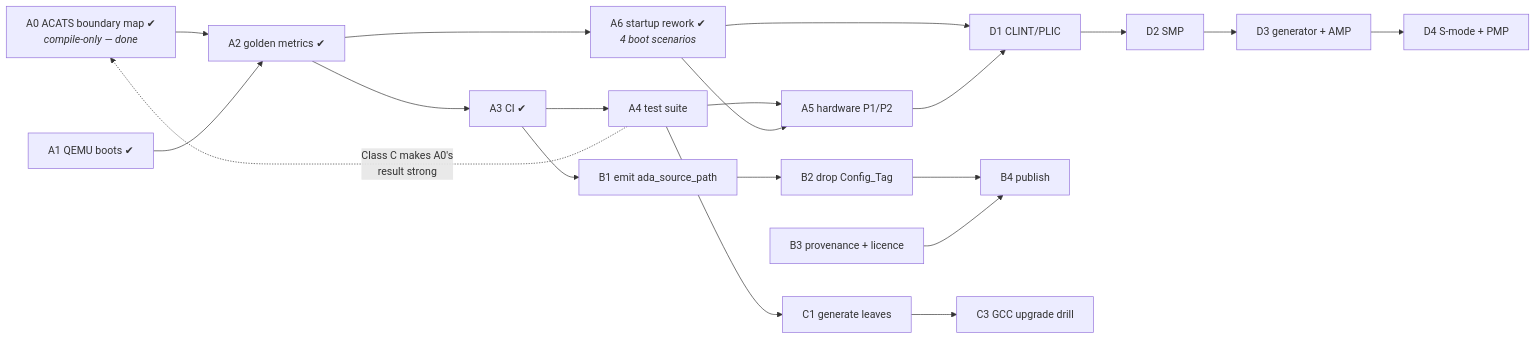
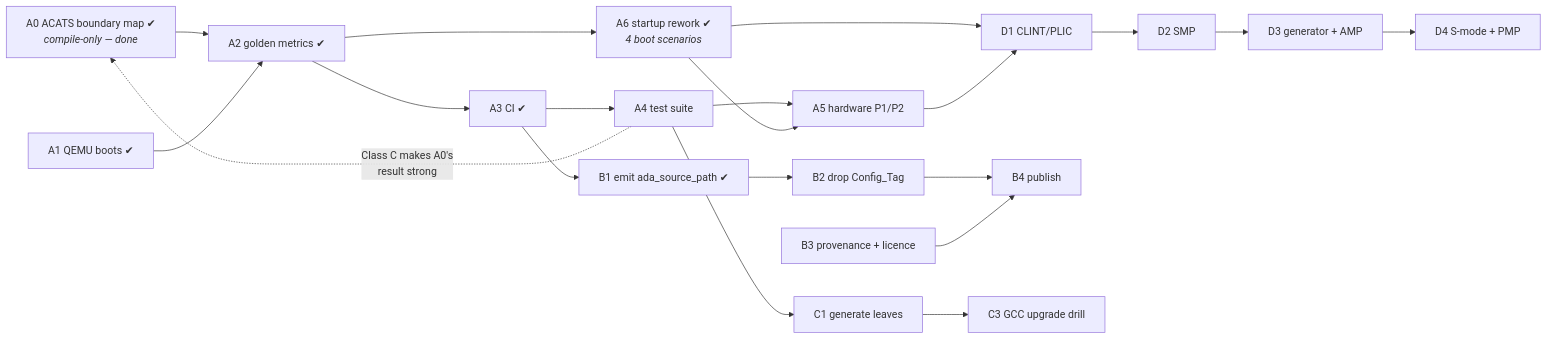
The diagram in RTS-PRODUCTION.md (ThyMYthOS/ada-machine), drawn with Mermaid before and after one commit. The commit also changed other lines of this file and 22 other files, not shown here.

````diff
--- a/RTS-PRODUCTION.md
+++ b/RTS-PRODUCTION.md
@@ -347,12 +380,12 @@
 ```mermaid
 graph LR
     A0["A0 ACATS boundary map ✔<br/><i>compile-only — done</i>"] --> A2["A2 golden metrics ✔"]
     A1["A1 QEMU boots ✔"] --> A2 --> A3["A3 CI ✔"] --> A4["A4 test suite"] --> A5["A5 hardware P1/P2"]
     A2 --> A6["A6 startup rework ✔<br/><i>4 boot scenarios</i>"] --> A5
     A6 --> D1
-    A3 --> B1["B1 emit ada_source_path"] --> B2["B2 drop Config_Tag"] --> B4["B4 publish"]
+    A3 --> B1["B1 emit ada_source_path ✔"] --> B2["B2 drop Config_Tag"] --> B4["B4 publish"]
     B3["B3 provenance + licence"] --> B4
     A4 --> C1["C1 generate leaves"] --> C3["C3 GCC upgrade drill"]
     A5 --> D1["D1 CLINT/PLIC"] --> D2["D2 SMP"] --> D3["D3 generator + AMP"] --> D4["D4 S-mode + PMP"]
     A4 -.->|"Class C makes A0's<br/>result strong"| A0
 ```
````
